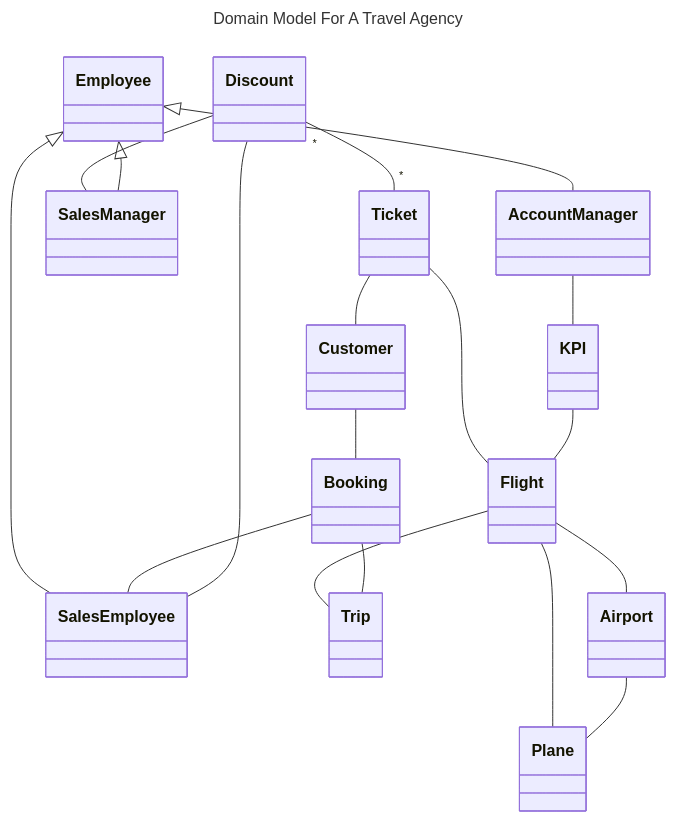
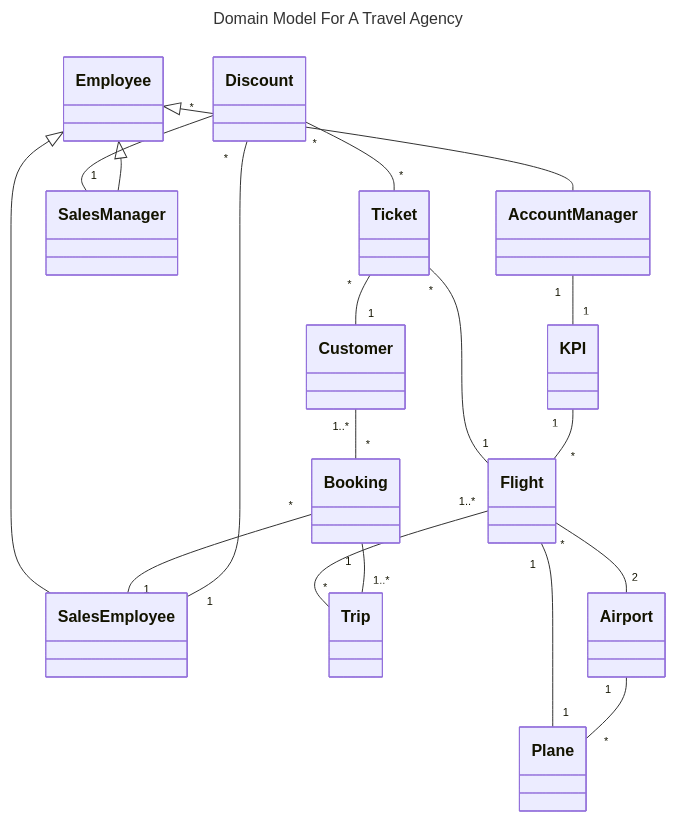
Before and after one commit to Leonardo-Notargiacomo/SkyVoyage: the diagram in analysis/domain-model.md, drawn with Mermaid. The commit also changed 1 other file, not shown here.

Commit message:
Refine domain model and data dictionary for travel agency, updating relationships and adding KPI entry

````diff
--- a/analysis/domain-model.md
+++ b/analysis/domain-model.md
@@ -1,57 +1,57 @@
 ```mermaid
 ---
 title: Domain Model For A Travel Agency
 ---
 classDiagram
 
     Discount "*" -- "*" Ticket
-    Discount--Sales Manager
-    SalesEmployee--Discount
+    Discount "*" -- "1" Sales Manager
+    SalesEmployee "1" -- "*" Discount
 
-    Ticket--Customer
-    Ticket--Flight
-    Customer--Booking
+    Ticket "*" -- "1" Customer
+    Ticket "*" -- "1" Flight
+    Customer "1..*" -- "*" Booking
 
-    Flight--Trip
-    Flight--Airport
-    Flight--Plane
-    KPI--Flight
+    Flight "1..*" -- "*" Trip
+    Flight "*" -- "2" Airport
+    Flight "1" -- "1" Plane
+    KPI "1" -- "*" Flight
 
     Employee<|--SalesEmployee
     Employee<|--SalesManager
     Employee<|--AccountManager
 
-    Booking--SalesEmployee
-    Booking--Trip
+    Booking "*" -- "1" SalesEmployee
+    Booking "1" -- "1..*" Trip
 
-    Airport--Plane
+    Airport "1" -- "*" Plane
     
-    AccountManager--KPI
+    AccountManager "1" -- "1" KPI
 
     class Discount{
     }
     class Ticket{
     }
     class Booking{
     }
     class Trip{
     }
     class Employee{
     }
     class Flight{
     }
     class Customer{
     }
     class Airport{
     }
     class Plane{
     }
     class SalesEmployee{
     }
     class SalesManager{
     }
     class AccountManager{
     }
     class KPI {
     }
 ```
````
